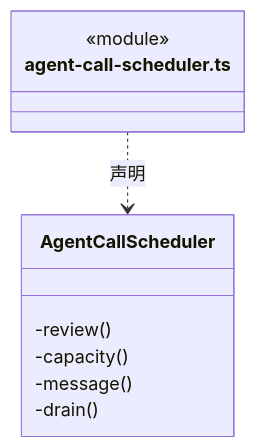
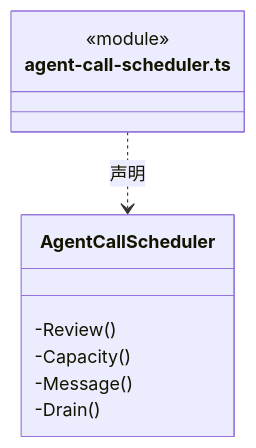
The second of 9 diagrams in src/logic/execution/assembly/ARCHITECTURE.md (nan023062/cbim), drawn with Mermaid before and after one commit. The commit also changed other lines of this file and 1035 other files, not shown here.

````diff
--- a/src/logic/execution/assembly/ARCHITECTURE.md
+++ b/src/logic/execution/assembly/ARCHITECTURE.md
@@ -65,13 +65,13 @@
 ```mermaid
 classDiagram
 class N_src_logic_execution_assembly_agent_call_scheduler_ts["agent-call-scheduler.ts"] {
   <<module>>
 }
 class N_src_logic_execution_assembly_agent_call_scheduler_ts_AgentCallScheduler["AgentCallScheduler"] {
-  -review()
-  -capacity()
-  -message()
-  -drain()
+  -Review()
+  -Capacity()
+  -Message()
+  -Drain()
 }
 N_src_logic_execution_assembly_agent_call_scheduler_ts ..> N_src_logic_execution_assembly_agent_call_scheduler_ts_AgentCallScheduler : 声明
 ```
````
